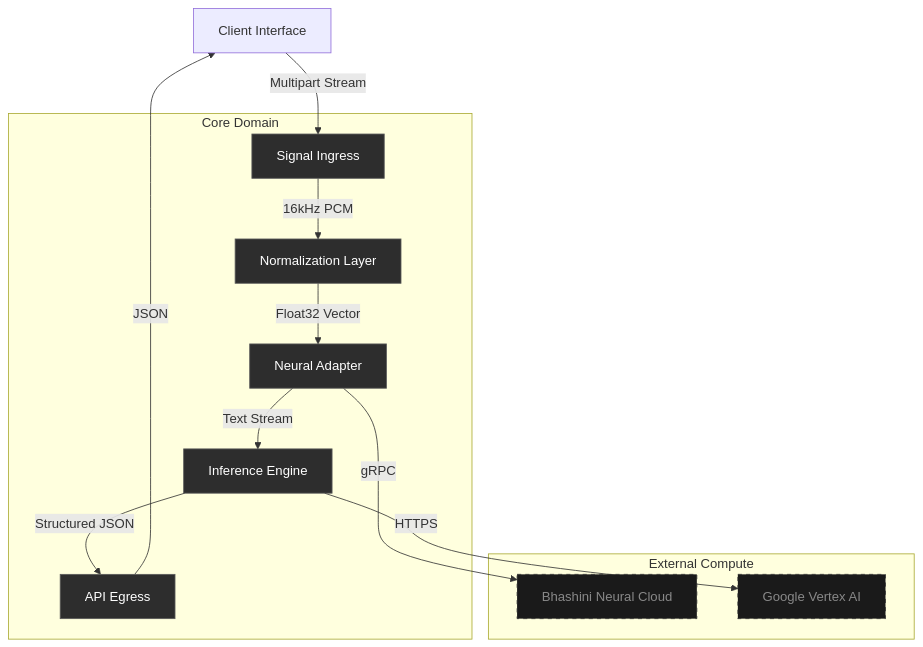
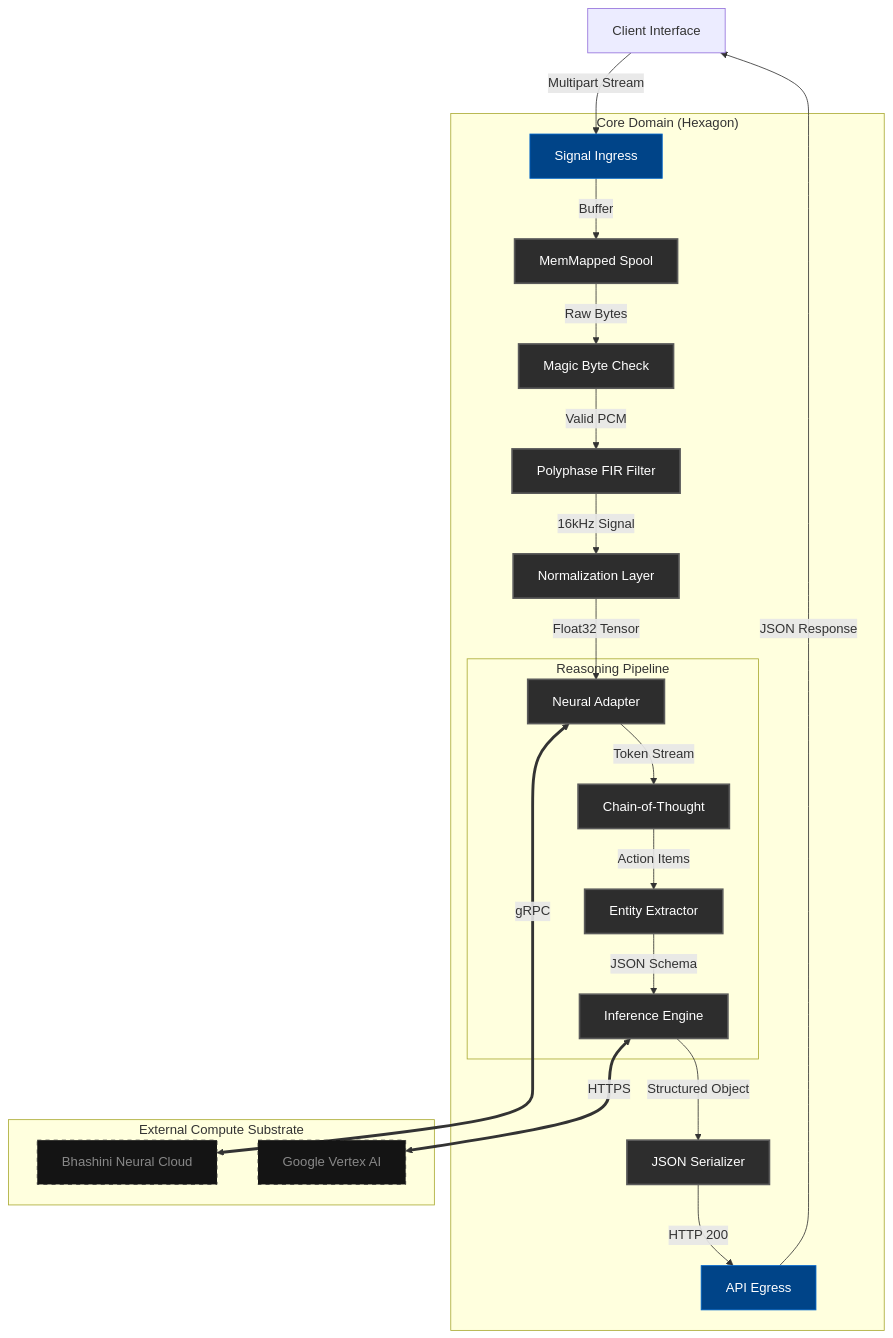
One commit to riteshroshann/meeting-mind-backened-baby-one changed the diagram in README.md. Above: the diagram before and after it, drawn with Mermaid. The commit also changed other lines of this file, not shown here.

Commit message:
docs: expand system architecture topology with detailed mermaid diagram

````diff
--- a/README.md
+++ b/README.md
@@ -78,21 +88,33 @@
 ```mermaid
 graph TD
-    classDef core fill:#2d2d2d,stroke:#5a5a5a,color:#fff
-    classDef ext fill:#1a1a1a,stroke:#333,color:#888,stroke-dasharray: 5 5
+    classDef core fill:#2d2d2d,stroke:#5a5a5a,color:#fff,stroke-width:2px
+    classDef ext fill:#141414,stroke:#333,color:#888,stroke-dasharray: 5 5
+    classDef io fill:#004488,stroke:#0066cc,color:#fff
 
     Client[Client Interface] -->|Multipart Stream| Ingress
     
-    subgraph "Core Domain"
-        Ingress[Signal Ingress]:::core -->|16kHz PCM| Norm[Normalization Layer]:::core
-        Norm -->|Float32 Vector| Adapter[Neural Adapter]:::core
-        Adapter -->|Text Stream| Engine[Inference Engine]:::core
-        Engine -->|Structured JSON| Egress[API Egress]:::core
+    subgraph "Core Domain (Hexagon)"
+        Ingress[Signal Ingress]:::io -->|Buffer| TempFile[MemMapped Spool]:::core
+        TempFile -->|Raw Bytes| Validator[Magic Byte Check]:::core
+        Validator -->|Valid PCM| Resampler[Polyphase FIR Filter]:::core
+        Resampler -->|16kHz Signal| Norm[Normalization Layer]:::core
+        
+        Norm -->|Float32 Tensor| Adapter[Neural Adapter]:::core
+        
+        subgraph "Reasoning Pipeline"
+            Adapter -->|Token Stream| CoT[Chain-of-Thought]:::core
+            CoT -->|Action Items| Extractor[Entity Extractor]:::core
+            Extractor -->|JSON Schema| Engine[Inference Engine]:::core
+        end
+
+        Engine -->|Structured Object| Serializer[JSON Serializer]:::core
+        Serializer -->|HTTP 200| Egress[API Egress]:::io
     end
 
-    subgraph "External Compute"
-        Adapter -->|gRPC| Bhashini[Bhashini Neural Cloud]:::ext
-        Engine -->|HTTPS| Vertex[Google Vertex AI]:::ext
+    subgraph "External Compute Substrate"
+        Adapter <== gRPC ==> Bhashini[Bhashini Neural Cloud]:::ext
+        Engine <== HTTPS ==> Vertex[Google Vertex AI]:::ext
     end
 
-    Egress -->|JSON| Client
+    Egress -->|JSON Response| Client
 ```
````
